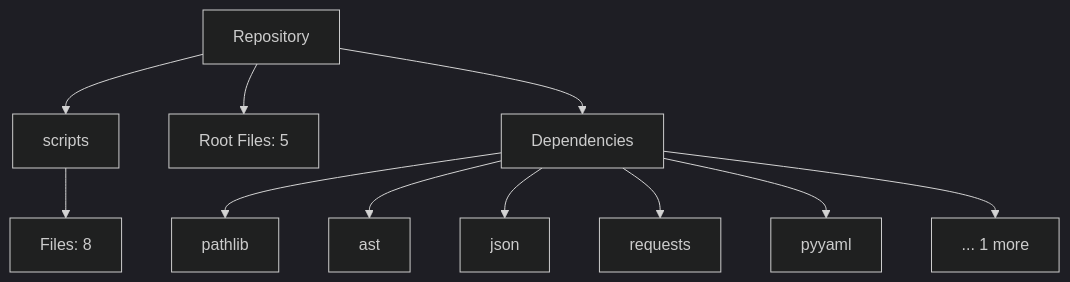
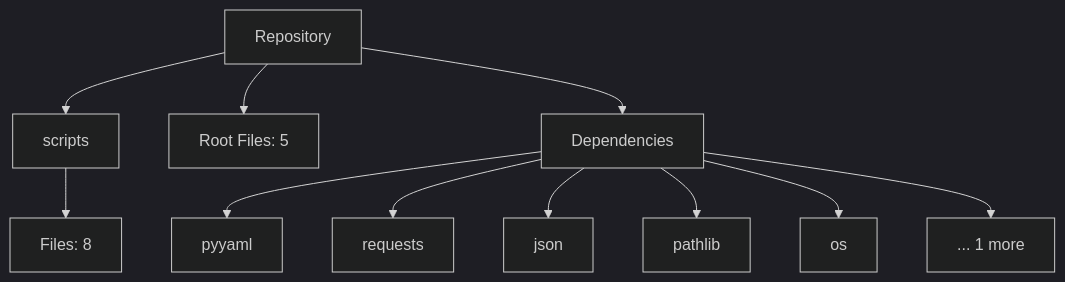
One commit to NITISH-R-G/Smart-Task-Tracker-macOS-Dark-Edition- changed the diagram in README.md. Above: the diagram before and after it, drawn with Mermaid (dark theme). The commit also changed 4 other files, not shown here.

Commit message:
docs(auto): Automatically update repository architecture and README

````diff
--- a/README.md
+++ b/README.md
@@ -17,15 +17,15 @@
 ```mermaid
 graph TD
     Root[Repository]
     Root --> scripts[scripts]
     scripts --> scripts_files[Files: 8]
     Root --> Root_files[Root Files: 5]
     Root --> Deps[Dependencies]
+    Deps --> pyyaml[pyyaml]
+    Deps --> requests[requests]
+    Deps --> json[json]
     Deps --> pathlib[pathlib]
-    Deps --> ast[ast]
-    Deps --> json[json]
-    Deps --> requests[requests]
-    Deps --> pyyaml[pyyaml]
+    Deps --> os[os]
     Deps --> MoreDeps[... 1 more]
 
 ```
````
